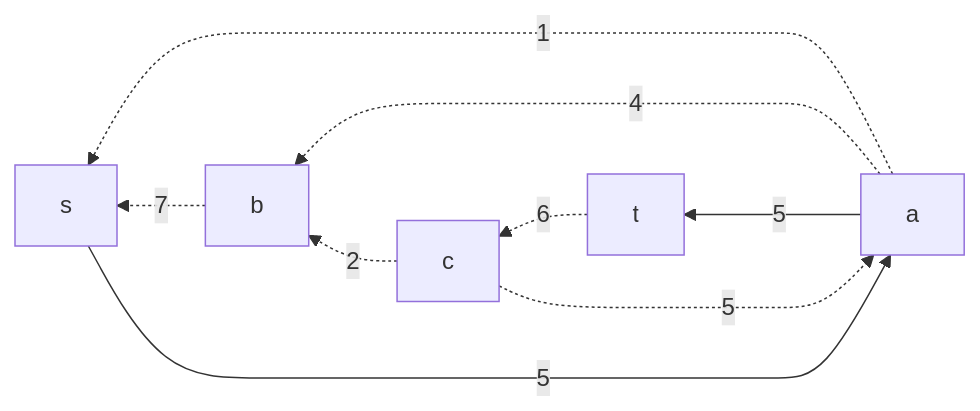
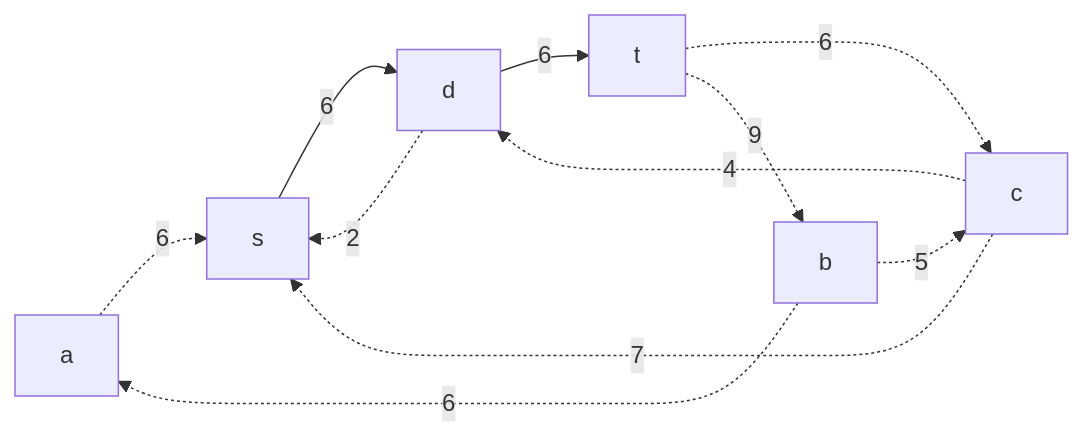
The third of 11 diagrams in task-9/pustobek.md (hse-algo-24-raven/manual-tasks-raven), drawn with Mermaid before and after one commit. The commit also changed other lines of this file, not shown here.

````diff
--- a/task-9/pustobek.md
+++ b/task-9/pustobek.md
@@ -43,11 +43,13 @@
 ```mermaid
-graph RL
-    a-.->|1|s 
-    s--->|5|a
-    b-.->|7|s
-    a-.->|4|b
-    c-.->|5|a
-    c-.->|2|b
-    a--->|5|t
+graph LR
+    a-.->|6|s
+    c-.->|7|s
+    d-.->|2|s
+    s-->|6|d
+    b-.->|6|a
+    b-.->|5|c
+    c-.->|4|d
     t-.->|6|c
+    d-->|6|t
+    t-.->|9|b
 ```
````
